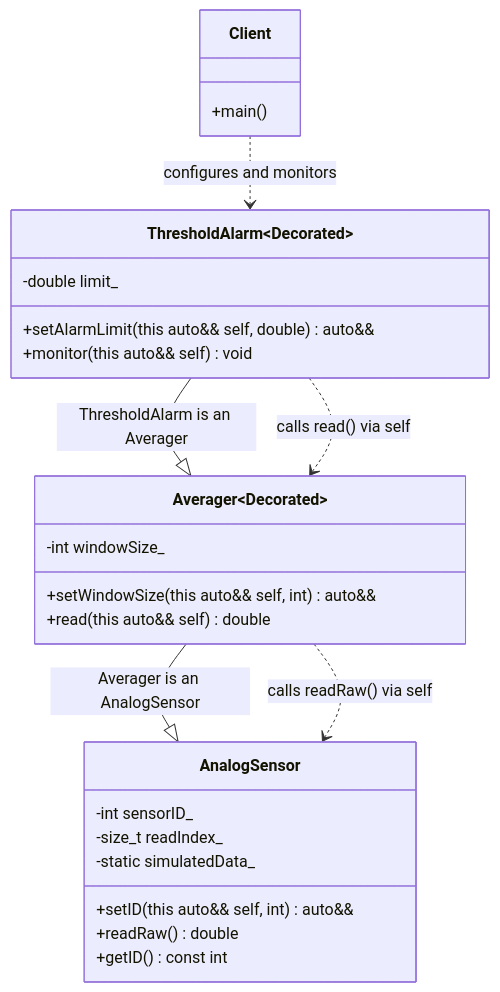
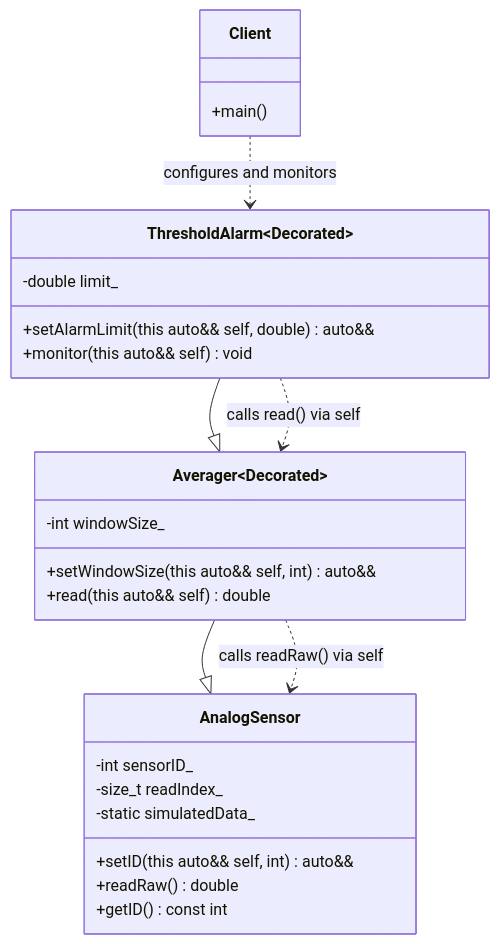
One commit to MarioGalindoQ/Modern-CPP-Design-Patterns changed the diagram in 11_Decorator/04_Static_Deducing_this/diagram.md. Above: the diagram before and after it, drawn with Mermaid.

Commit message:
Adding Deducing This from C++23

````diff
--- a/11_Decorator/04_Static_Deducing_this/diagram.md
+++ b/11_Decorator/04_Static_Deducing_this/diagram.md
@@ -3,36 +3,36 @@
 ```mermaid
 classDiagram
    class AnalogSensor {
       -int sensorID_
       -size_t readIndex_
       -static simulatedData_
       +setID(this auto&& self, int) auto&&
       +readRaw() double
       +getID() const int
    }
 
    class Averager~Decorated~ {
       -int windowSize_
       +setWindowSize(this auto&& self, int) auto&&
       +read(this auto&& self) double
    }
 
    class ThresholdAlarm~Decorated~ {
       -double limit_
       +setAlarmLimit(this auto&& self, double) auto&&
       +monitor(this auto&& self) void
    }
 
    class Client {
       +main()
    }
 
    %% Static Inheritance-based Decoration (Mixins)
-   Averager --|> AnalogSensor : Averager is an AnalogSensor
-   ThresholdAlarm --|> Averager : ThresholdAlarm is an Averager
+   Averager --|> AnalogSensor
+   ThresholdAlarm --|> Averager
 
    %% Interaction logic
    Client ..> ThresholdAlarm : configures and monitors
    ThresholdAlarm ..> Averager : calls read() via self
    Averager ..> AnalogSensor : calls readRaw() via self
 ```
````
